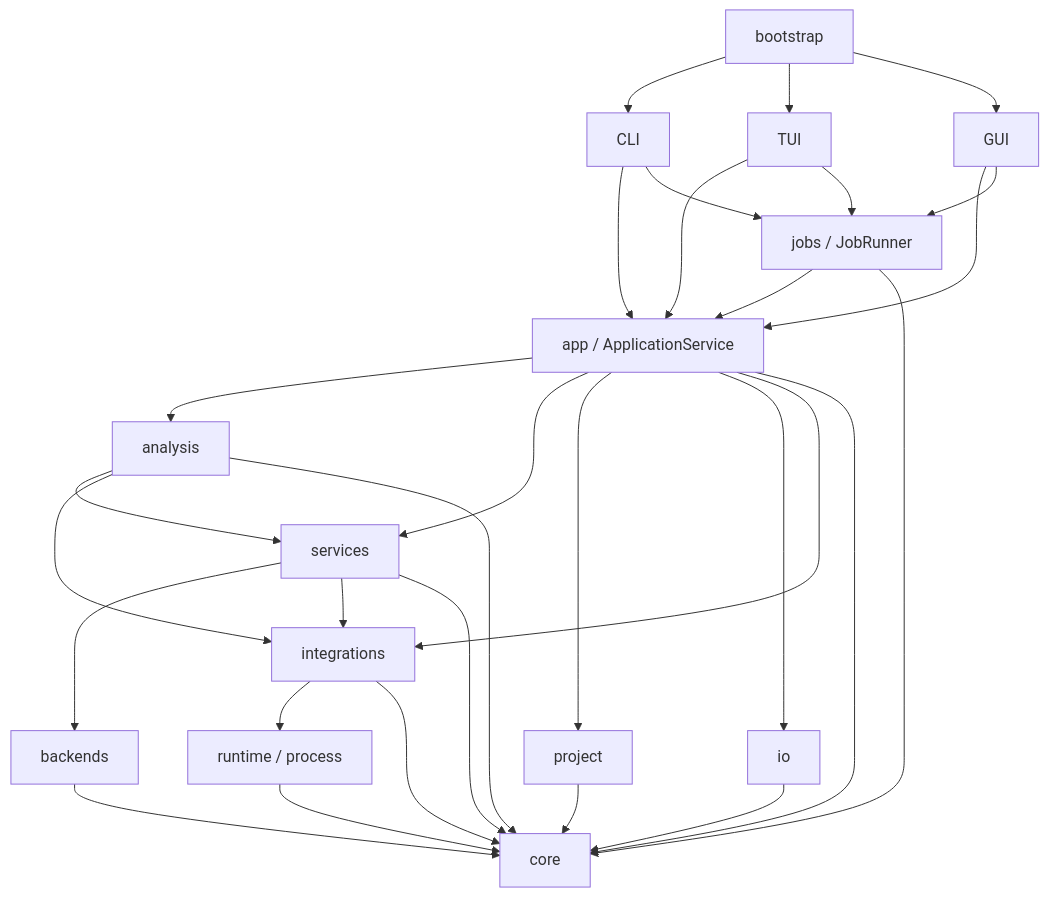
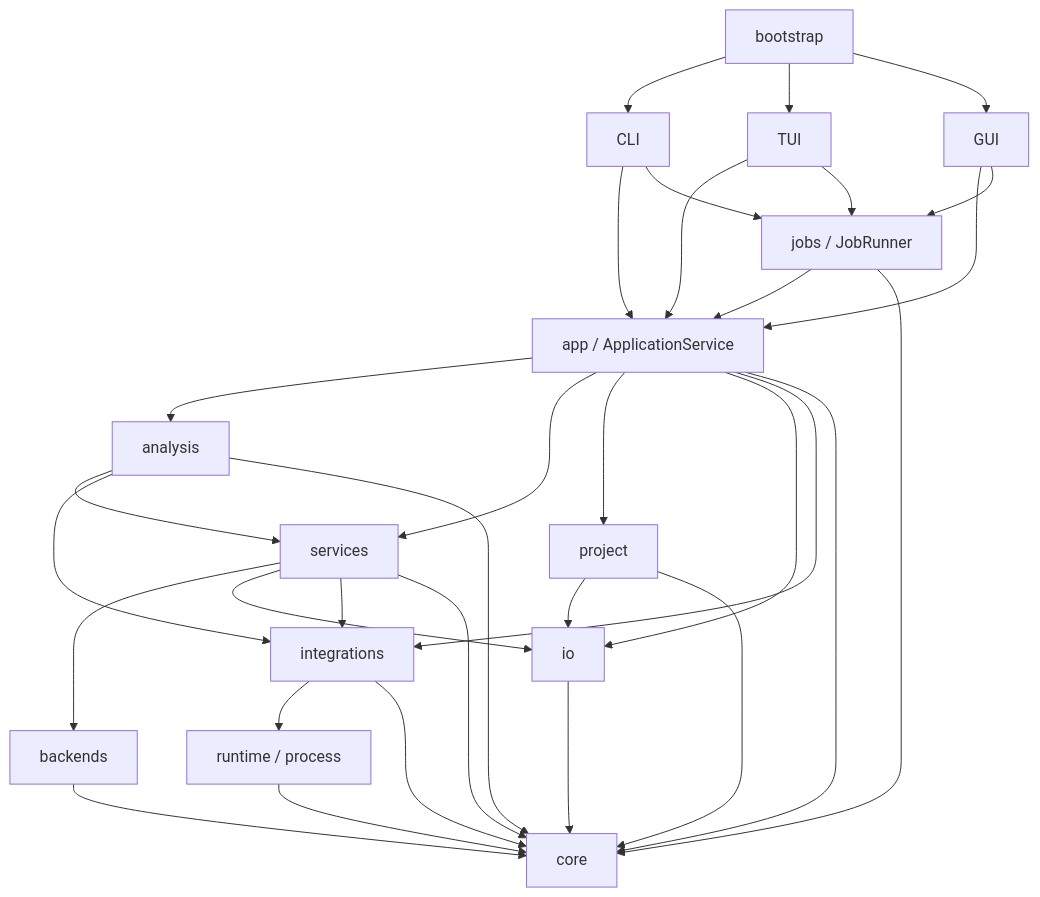
The diagram in docs/ARCHITECTURE.md (Emptope/MDHelper), drawn with Mermaid before and after one commit. The commit also changed other lines of this file and 32 other files, not shown here.

````diff
--- a/docs/ARCHITECTURE.md
+++ b/docs/ARCHITECTURE.md
@@ -31,36 +31,38 @@
 ```mermaid
 flowchart TB
     Bootstrap[bootstrap] --> CLI
     Bootstrap --> TUI
     Bootstrap --> GUI
 
     CLI --> App[app / ApplicationService]
     TUI --> App
     GUI --> App
     CLI --> Jobs[jobs / JobRunner]
     TUI --> Jobs
     GUI --> Jobs
     Jobs --> App
 
     App --> Analysis[analysis]
     App --> Services[services]
     App --> Project[project]
     App --> IO[io]
     App --> Integrations[integrations]
 
     Analysis --> Services
     Analysis --> Integrations
     Services --> Backends[backends]
+    Services --> IO
     Services --> Integrations
+    Project --> IO
     Integrations --> Runtime[runtime / process]
 
     App --> Core[core]
     Jobs --> Core
     Analysis --> Core
     Services --> Core
     Project --> Core
     IO --> Core
     Integrations --> Core
     Backends --> Core
     Runtime --> Core
 ```
````
